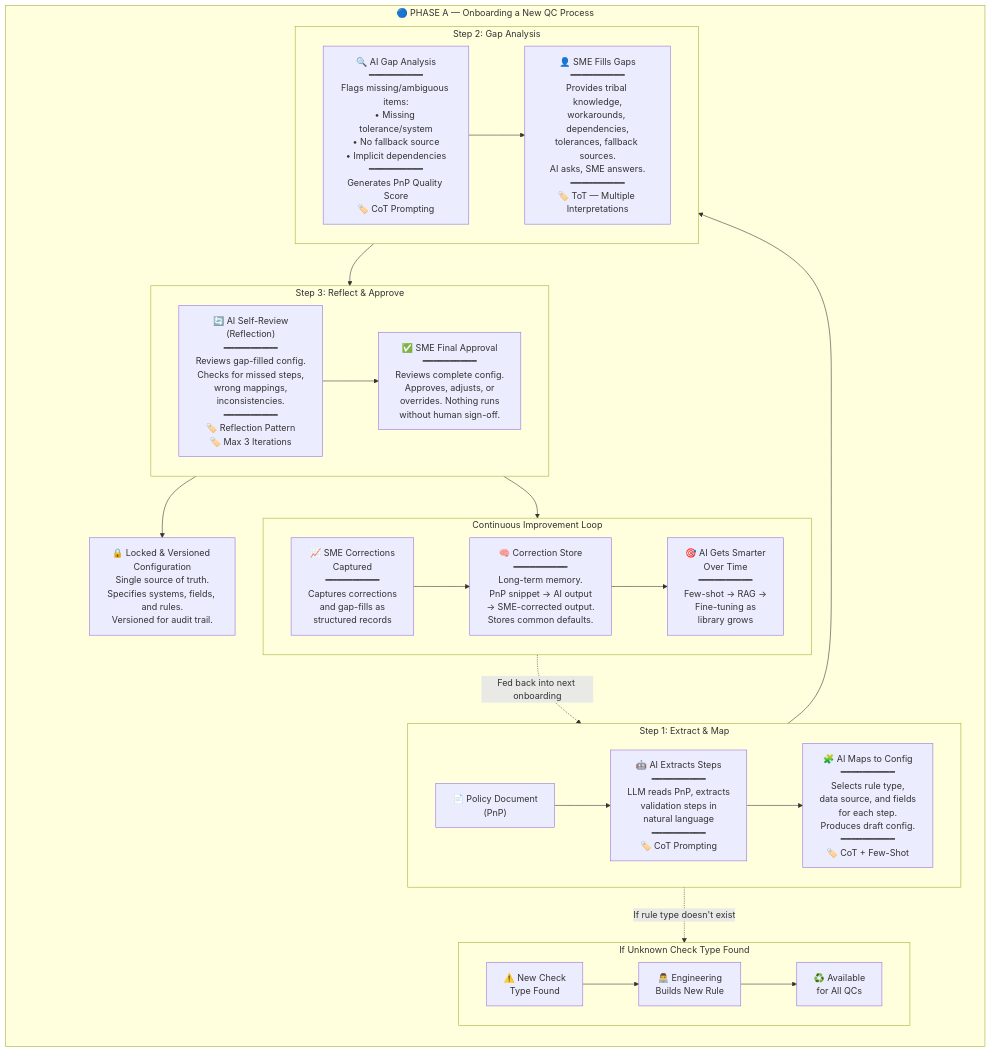
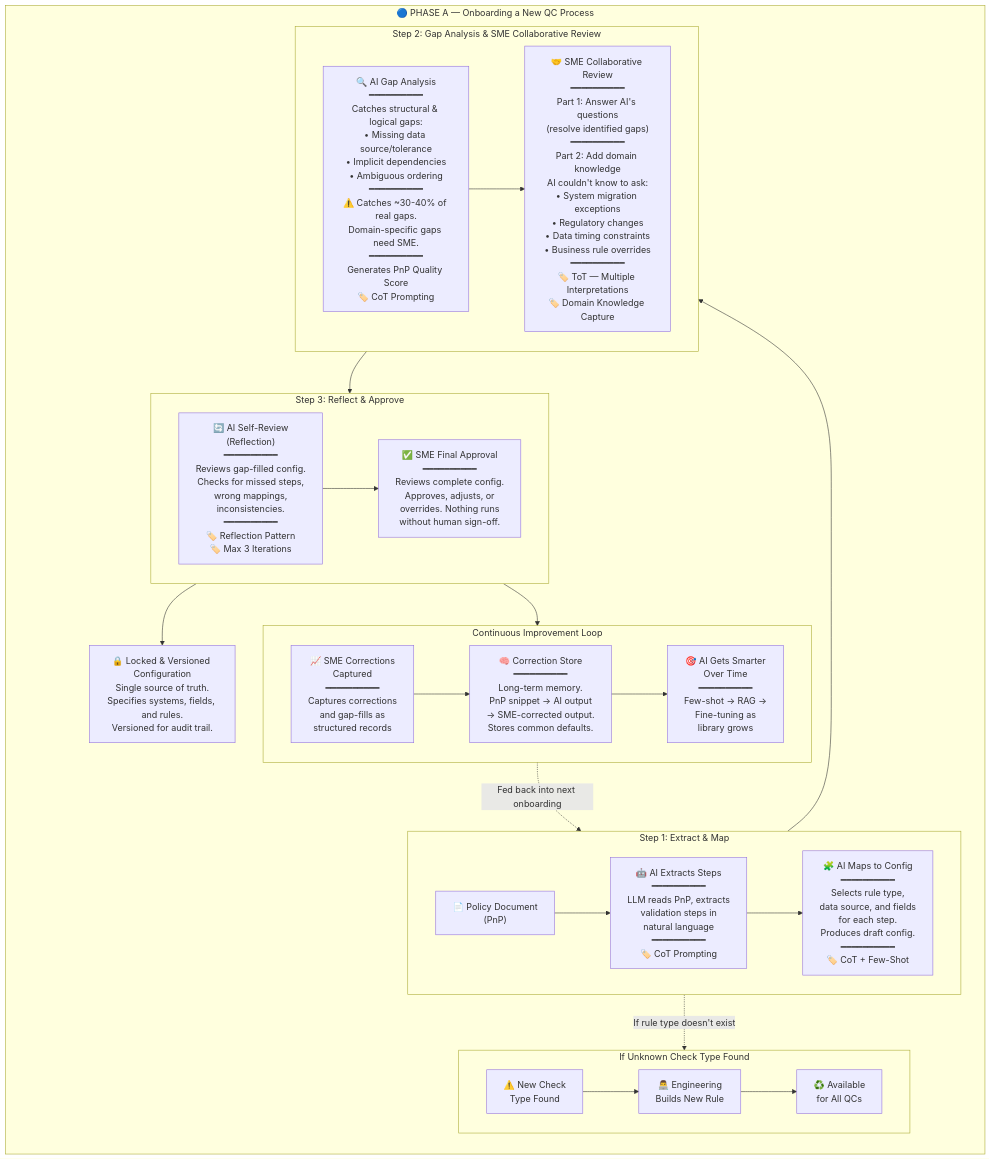
One commit to Praveen2795/Agentic-qc-automation changed the third of 9 diagrams in architecture-flowchart.md. Above: the diagram before and after it, drawn with Mermaid. The commit also changed 2 other files, not shown here.

Commit message:
Elevate SME step to Collaborative Review session
- Renamed 'SME Fills Gaps' → 'SME Collaborative Review'
- Added two-part structure: (1) Answer AI's questions, (2) Add domain knowledge AI couldn't know to ask
- Added concrete examples of domain knowledge (system migrations, regulatory changes, data timing, business rule overrides)
- Added AI limitation callout (~30-40% gap detection for structural/logical only)
- Added 'Domain Knowledge Capture' badge
- Made the card visually larger and more prominent (orange background)
- Synced changes across HTML diagram, Mermaid flowchart, and README

````diff
--- a/architecture-flowchart.md
+++ b/architecture-flowchart.md
@@ -56,43 +56,43 @@
 ```mermaid
 flowchart TB
     subgraph PHASE_A["🔵 PHASE A — Onboarding a New QC Process"]
         direction TB
 
         subgraph ROW1["Step 1: Extract & Map"]
             direction LR
             A1["📄 Policy Document\n(PnP)"] --> A2["🤖 AI Extracts Steps\n━━━━━━━━━━\nLLM reads PnP, extracts\nvalidation steps in\nnatural language\n━━━━━━━━━━\n🏷️ CoT Prompting"]
             A2 --> A3["🧩 AI Maps to Config\n━━━━━━━━━━\nSelects rule type,\ndata source, and fields\nfor each step.\nProduces draft config.\n━━━━━━━━━━\n🏷️ CoT + Few-Shot"]
         end
 
-        subgraph ROW2["Step 2: Gap Analysis"]
+        subgraph ROW2["Step 2: Gap Analysis & SME Collaborative Review"]
             direction LR
-            A4["🔍 AI Gap Analysis\n━━━━━━━━━━\nFlags missing/ambiguous items:\n• Missing tolerance/system\n• No fallback source\n• Implicit dependencies\n━━━━━━━━━━\nGenerates PnP Quality Score\n🏷️ CoT Prompting"] --> A5["👤 SME Fills Gaps\n━━━━━━━━━━\nProvides tribal knowledge,\nworkarounds, dependencies,\ntolerances, fallback sources.\nAI asks, SME answers.\n━━━━━━━━━━\n🏷️ ToT — Multiple Interpretations"]
+            A4["🔍 AI Gap Analysis\n━━━━━━━━━━\nCatches structural & logical gaps:\n• Missing data source/tolerance\n• Implicit dependencies\n• Ambiguous ordering\n━━━━━━━━━━\n⚠️ Catches ~30-40% of real gaps.\nDomain-specific gaps need SME.\n━━━━━━━━━━\nGenerates PnP Quality Score\n🏷️ CoT Prompting"] --> A5["🤝 SME Collaborative Review\n━━━━━━━━━━\nPart 1: Answer AI's questions\n(resolve identified gaps)\n━━━━━━━━━━\nPart 2: Add domain knowledge\nAI couldn't know to ask:\n• System migration exceptions\n• Regulatory changes\n• Data timing constraints\n• Business rule overrides\n━━━━━━━━━━\n🏷️ ToT — Multiple Interpretations\n🏷️ Domain Knowledge Capture"]
         end
 
         subgraph ROW3["Step 3: Reflect & Approve"]
             direction LR
             A6["🔄 AI Self-Review\n(Reflection)\n━━━━━━━━━━\nReviews gap-filled config.\nChecks for missed steps,\nwrong mappings,\ninconsistencies.\n━━━━━━━━━━\n🏷️ Reflection Pattern\n🏷️ Max 3 Iterations"] --> A7["✅ SME Final Approval\n━━━━━━━━━━\nReviews complete config.\nApproves, adjusts, or\noverrides. Nothing runs\nwithout human sign-off."]
         end
 
         ROW1 --> ROW2
         ROW2 --> ROW3
 
         A7 --> LOCK["🔒 Locked & Versioned Configuration\nSingle source of truth.\nSpecifies systems, fields, and rules.\nVersioned for audit trail."]
 
         subgraph IMPROVE["Continuous Improvement Loop"]
             direction LR
             C1["📈 SME Corrections\nCaptured\n━━━━━━━━━━\nCaptures corrections\nand gap-fills as\nstructured records"] --> C2["🧠 Correction Store\n━━━━━━━━━━\nLong-term memory.\nPnP snippet → AI output\n→ SME-corrected output.\nStores common defaults."]
             C2 --> C3["🎯 AI Gets Smarter\nOver Time\n━━━━━━━━━━\nFew-shot → RAG →\nFine-tuning as\nlibrary grows"]
         end
 
         A7 --> C1
         C3 -.->|"Fed back into next onboarding"| A2
 
         subgraph NEWRULE["If Unknown Check Type Found"]
             direction LR
             N1["⚠️ New Check\nType Found"] --> N2["👨‍💻 Engineering\nBuilds New Rule"] --> N3["♻️ Available\nfor All QCs"]
         end
 
         A3 -.->|"If rule type doesn't exist"| N1
     end
 ```
````
